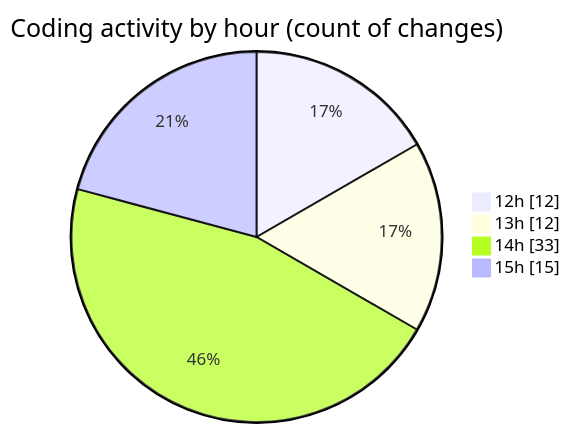
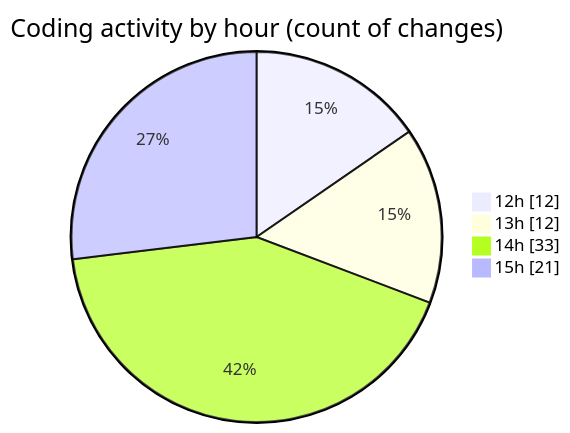
Before and after one commit to momahboobian/code-tracking: the second of 2 diagrams in 2025-09-24/cda/README.md, drawn with Mermaid. The commit also changed other lines of this file and 1 other file, not shown here.

````diff
--- a/2025-09-24/cda/README.md
+++ b/2025-09-24/cda/README.md
@@ -38,8 +38,8 @@
 ```mermaid
 pie showData
 title Coding activity by hour (count of changes)
 "12h" : 12
 "13h" : 12
 "14h" : 33
-"15h" : 15
+"15h" : 21
 ```
````
